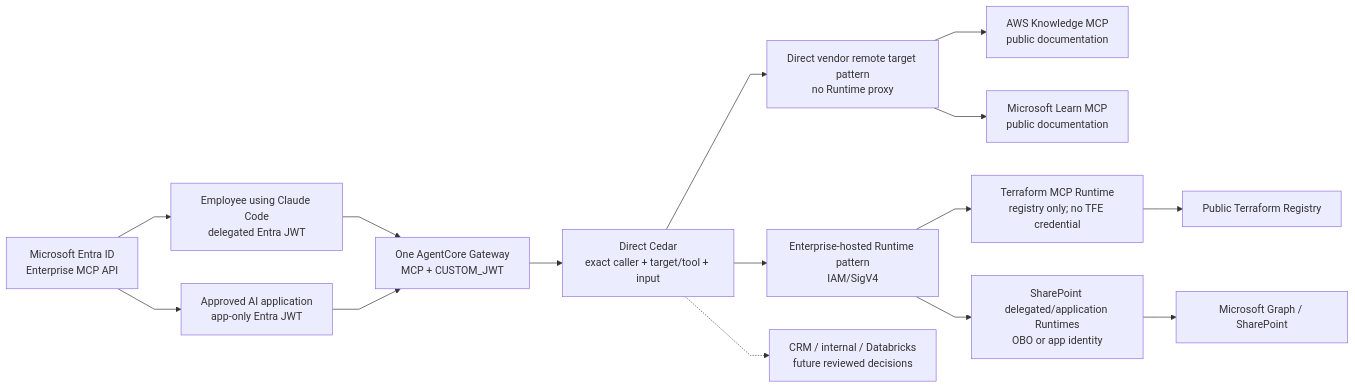
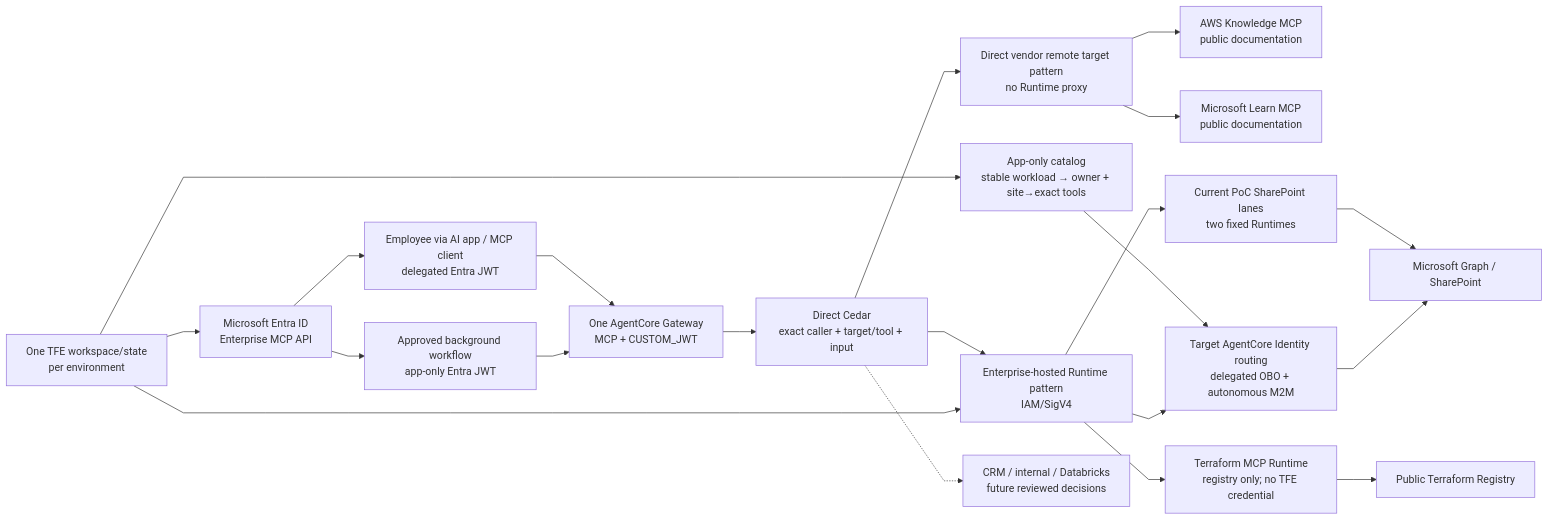
One commit to ron8520/mcp_poc changed the first of 4 diagrams in README.md. Above: the diagram before and after it, drawn with Mermaid. The commit also changed other lines of this file and 95 other files, not shown here.

````diff
--- a/README.md
+++ b/README.md
@@ -16,33 +16,42 @@
 ```mermaid
 %%{init: {"flowchart": {"curve": "linear"}}}%%
 flowchart LR
     Entra["Microsoft Entra ID<br>Enterprise MCP API"]
-    Claude["Employee using Claude Code<br>delegated Entra JWT"]
-    Automation["Approved AI application<br>app-only Entra JWT"]
+    EmployeeClient["Employee via AI app / MCP client<br>delegated Entra JWT"]
+    Automation["Approved background workflow<br>app-only Entra JWT"]
     Gateway["One AgentCore Gateway<br>MCP + CUSTOM_JWT"]
     Cedar["Direct Cedar<br>exact caller + target/tool + input"]
+    Catalog["App-only catalog<br>stable workload → owner + site→exact tools"]
+    TFE["One TFE workspace/state<br>per environment"]
     Direct["Direct vendor remote target pattern<br>no Runtime proxy"]
     Hosted["Enterprise-hosted Runtime pattern<br>IAM/SigV4"]
     AWSKnowledge["AWS Knowledge MCP<br>public documentation"]
     MicrosoftLearn["Microsoft Learn MCP<br>public documentation"]
     Terraform["Terraform MCP Runtime<br>registry only; no TFE credential"]
-    SharePoint["SharePoint delegated/application Runtimes<br>OBO or app identity"]
+    SharePoint["Current PoC SharePoint lanes<br>two fixed Runtimes"]
+    IdentityTarget["Target AgentCore Identity routing<br>delegated OBO + autonomous M2M"]
     Registry["Public Terraform Registry"]
     Graph["Microsoft Graph / SharePoint"]
     Future["CRM / internal / Databricks<br>future reviewed decisions"]
 
-    Entra --> Claude
+    Entra --> EmployeeClient
     Entra --> Automation
-    Claude --> Gateway
+    EmployeeClient --> Gateway
     Automation --> Gateway
     Gateway --> Cedar
     Cedar --> Direct
     Cedar --> Hosted
+    TFE --> Catalog
+    TFE --> Entra
+    TFE --> Hosted
+    Catalog --> IdentityTarget
     Direct --> AWSKnowledge
     Direct --> MicrosoftLearn
     Hosted --> Terraform
     Hosted --> SharePoint
+    Hosted --> IdentityTarget
     Terraform --> Registry
     SharePoint --> Graph
+    IdentityTarget --> Graph
     Cedar -.-> Future
 ```
````
